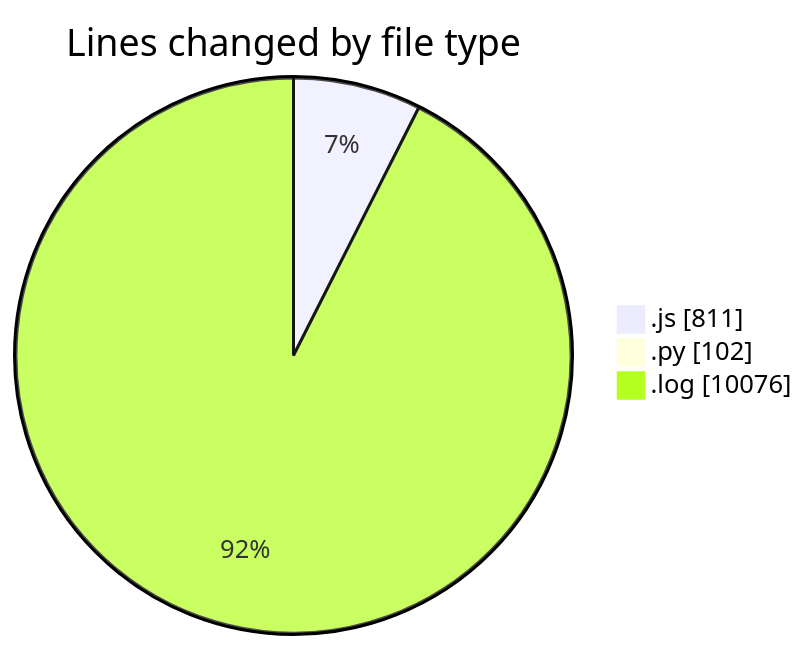
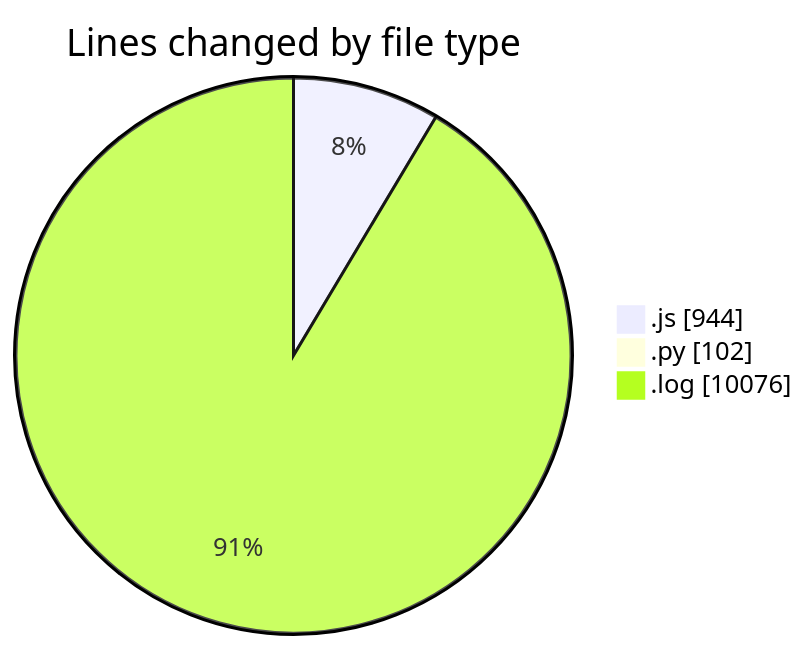
The first of 2 diagrams in 2025-04-14/nxtqube_webapp/README.md (nxtqubesakshisongat/code-tracking), drawn with Mermaid before and after one commit. The commit also changed other lines of this file and 1 other file, not shown here.

````diff
--- a/2025-04-14/nxtqube_webapp/README.md
+++ b/2025-04-14/nxtqube_webapp/README.md
@@ -22,7 +24,7 @@
 ```mermaid
 pie showData
 title Lines changed by file type
-".js" : 811
+".js" : 944
 ".py" : 102
 ".log" : 10076
 ```
````
